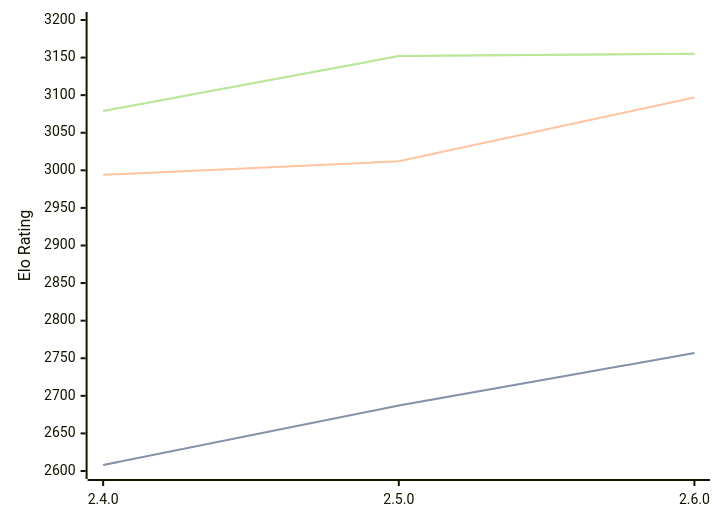
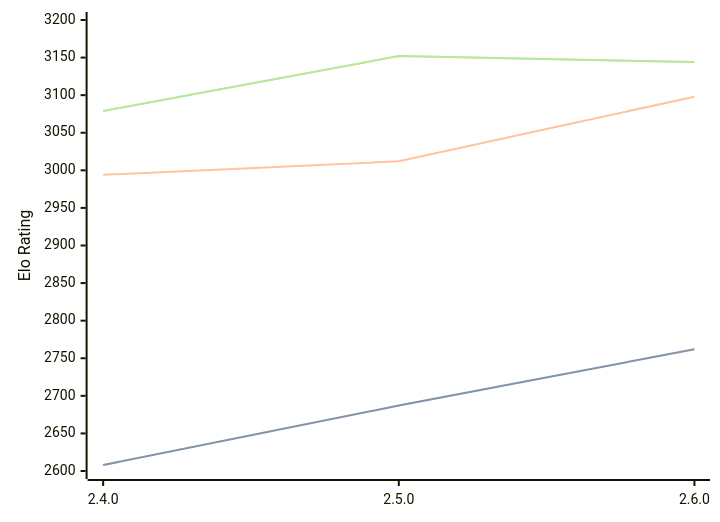
Before and after one commit to computer-chess-index/cci: the diagram in engines/Sturddle2.md, drawn with Mermaid. The commit also changed other lines of this file, not shown here.

Commit message:
Update CCI Ratings (ELO VLTC) - 2026-08-16

````diff
--- a/engines/Sturddle2.md
+++ b/engines/Sturddle2.md
@@ -33,11 +33,11 @@
 ```mermaid
 %%{init: {"theme":"base","themeVariables":{"seriesColors:['#a3a3a3','#222221','#faa371']}}}%%
 xychart-beta
   x-axis ["2.4.0", "2.5.0", "2.6.0"]
   y-axis "Elo Rating" 2600 --> 3200
-  line "STC (8.0+0.08s)" [2608, 2687, 2757]
-  line "STC (8.0+0.08s)" [2608, 2687, 2757]
-  line "LTC (60.0+0.60s)" [2994, 3012, 3097]
-  line "VLTC (2m24s+1.12s)" [3079, 3152, 3155]
-  line "VLTC (2m24s+1.12s)" [3079, 3152, 3155]
+  line "STC (8.0+0.08s)" [2608, 2687, 2762]
+  line "STC (8.0+0.08s)" [2608, 2687, 2762]
+  line "LTC (60.0+0.60s)" [2994, 3012, 3098]
+  line "VLTC (2m24s+1.12s)" [3079, 3152, 3144]
+  line "VLTC (2m24s+1.12s)" [3079, 3152, 3144]
 ```
````
